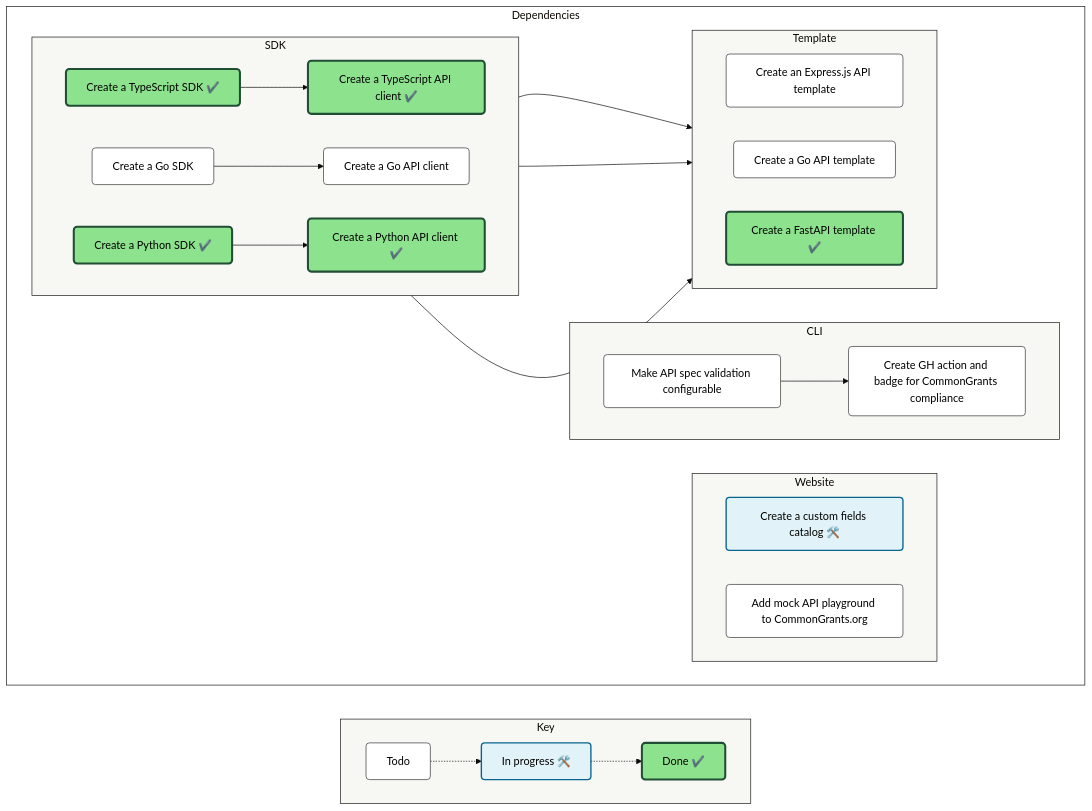
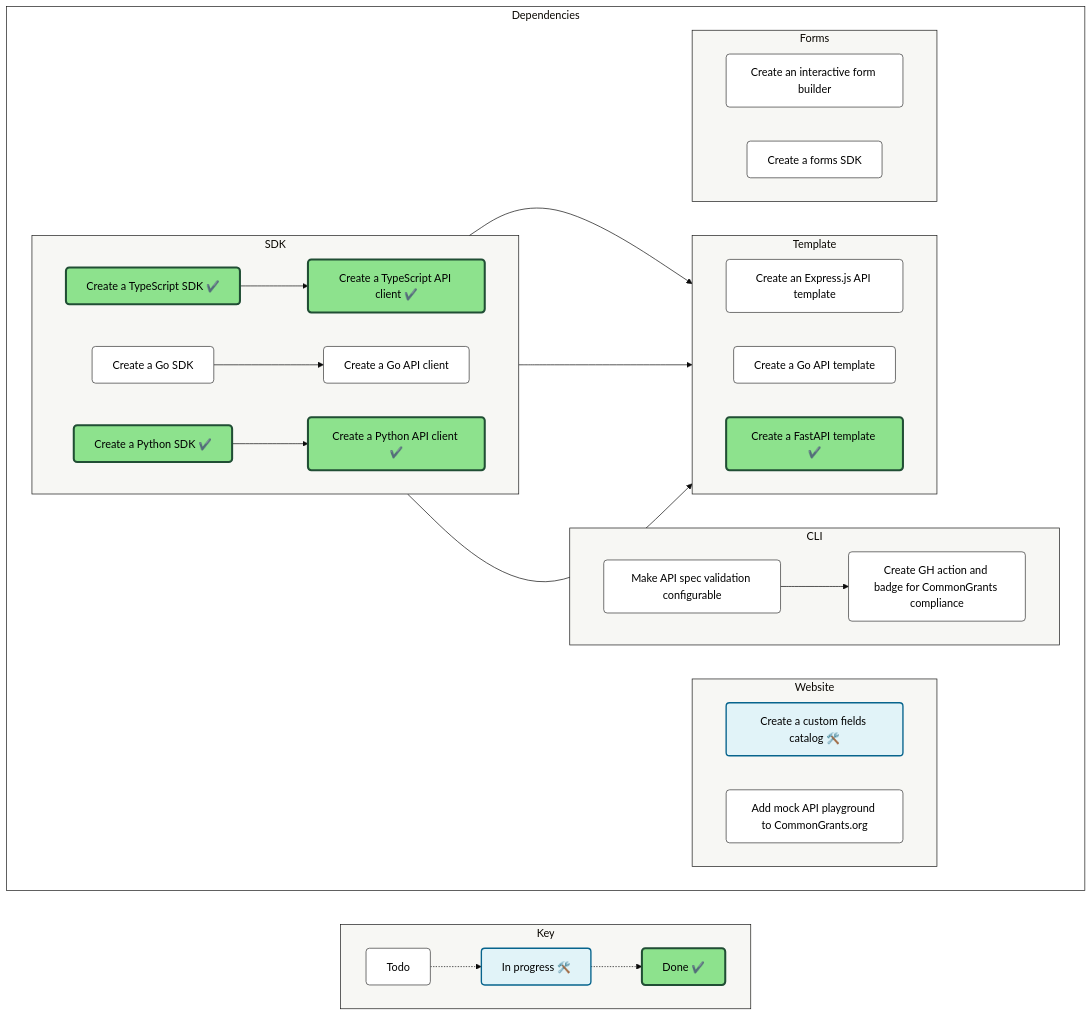
The diagram in README.md (HHS/simpler-grants-protocol), drawn with Mermaid (base theme) before and after one commit.

Commit message:
docs: Update README with dependency diagram

```diff
--- a/README.md
+++ b/README.md
@@ -57,6 +57,7 @@
   style website fill:#F7F7F4,stroke:#171716
   style cli fill:#F7F7F4,stroke:#171716
   style template fill:#F7F7F4,stroke:#171716
+  style forms fill:#F7F7F4,stroke:#171716
 
   %% ─────────────────────────────
   %% Legend
@@ -110,6 +111,13 @@
     end
 
 
+    subgraph forms["Forms"]
+    direction LR
+        HHS/simpler-grants-protocol#604["Create an interactive form builder"]
+        HHS/simpler-grants-protocol#605["Create a forms SDK"]
+    end
+
+
     %% ─────────────────────────────
     %% Relationships
     %% ─────────────────────────────
```
